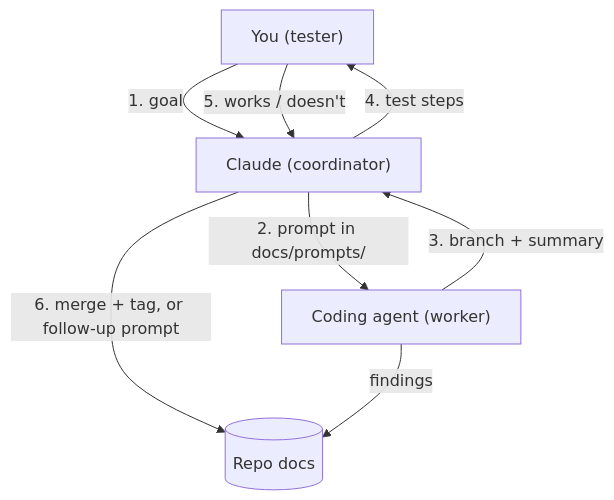
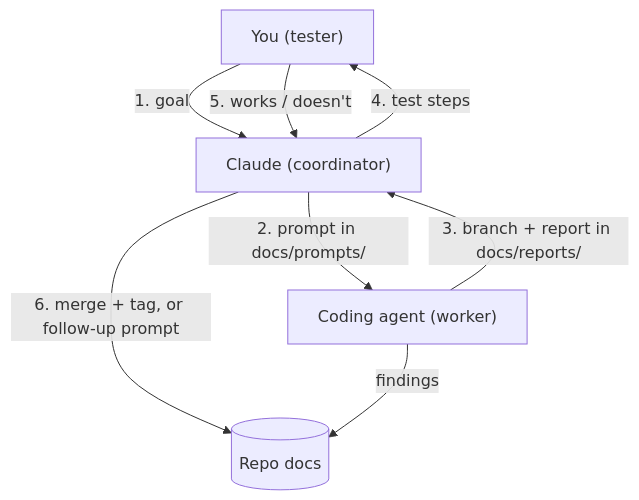
The first of 2 diagrams in README.md (Trooper-code/Trooper-s-Coordinator-Skills), drawn with Mermaid before and after one commit. The commit also changed other lines of this file and 18 other files, not shown here.

````diff
--- a/README.md
+++ b/README.md
@@ -33,10 +33,10 @@
 ```mermaid
 flowchart TD
     U["You (tester)"] -->|"1. goal"| C["Claude (coordinator)"]
     C -->|"2. prompt in docs/prompts/"| A["Coding agent (worker)"]
-    A -->|"3. branch + summary"| C
+    A -->|"3. branch + report in docs/reports/"| C
     C -->|"4. test steps"| U
     U -->|"5. works / doesn't"| C
     C -->|"6. merge + tag, or follow-up prompt"| R[("Repo docs")]
     A -->|"findings"| R
 ```
````
